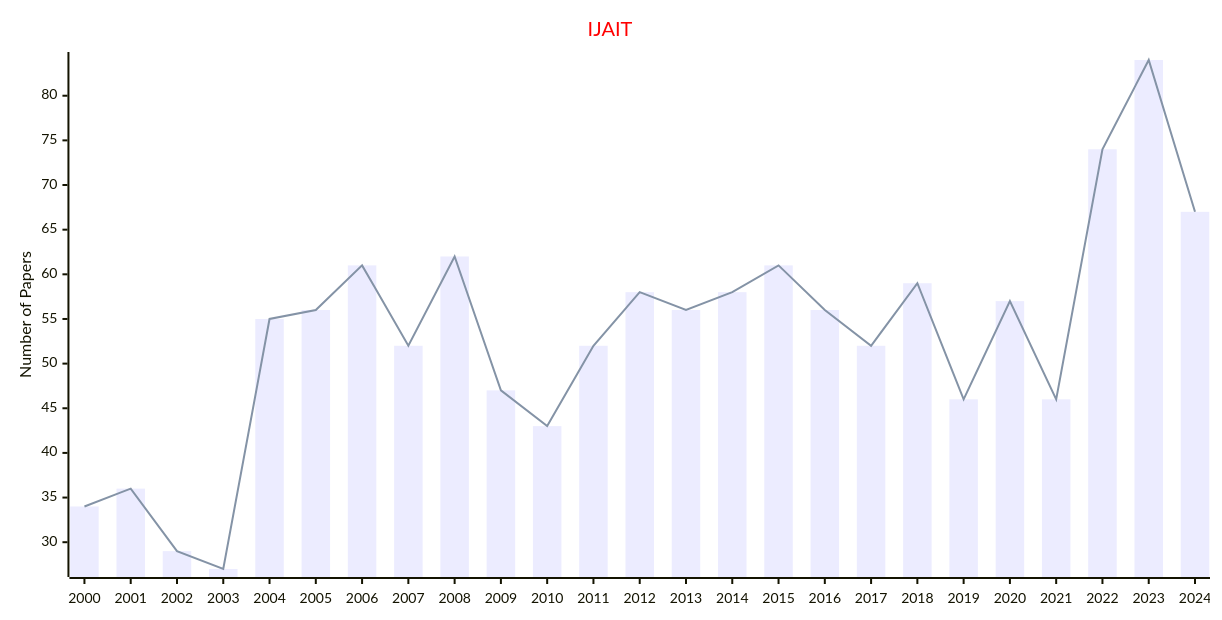
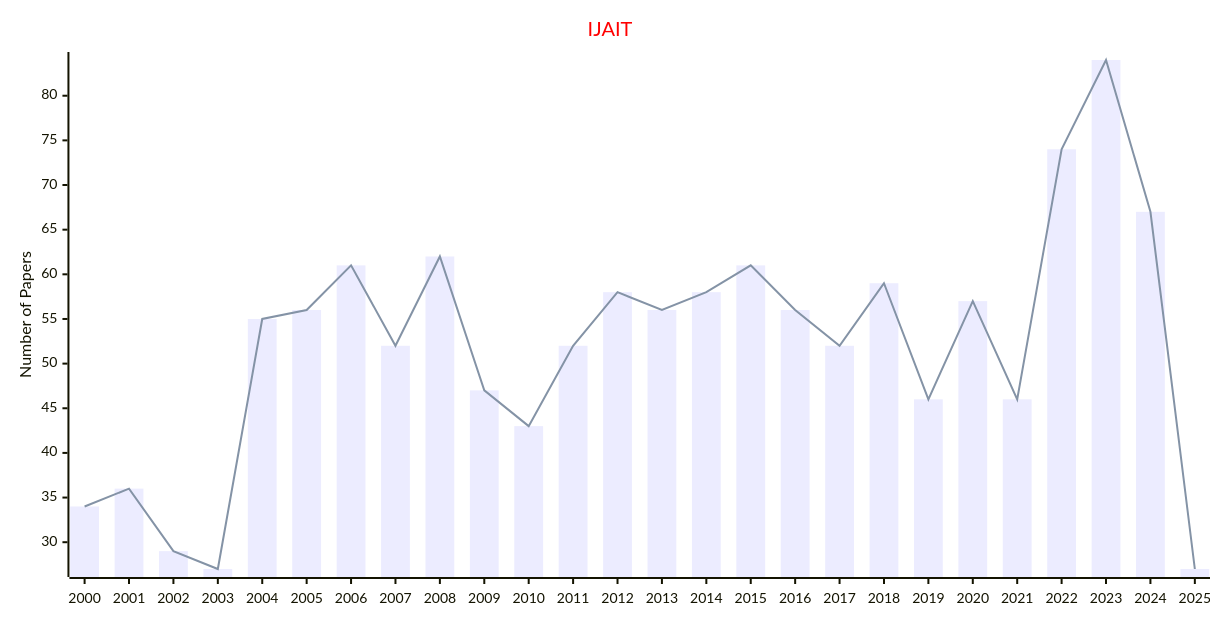
One commit to Easy-PhD/AILinks changed diagram 25 of 27 in docs/data/Journals/Statistics_Journals/Artificial_Intelligence.md. Above: the diagram before and after it, drawn with Mermaid. The commit also changed other lines of this file and 93 other files, not shown here.

````diff
--- a/docs/data/Journals/Statistics_Journals/Artificial_Intelligence.md
+++ b/docs/data/Journals/Statistics_Journals/Artificial_Intelligence.md
@@ -585,17 +585,17 @@
 ```mermaid
 ---
 config:
     xyChart:
         width: 1200
         height: 600
     themeVariables:
         xyChart:
             titleColor: "#ff0000"
 ---
 xychart-beta
     title "IJAIT"
-    x-axis [2000, 2001, 2002, 2003, 2004, 2005, 2006, 2007, 2008, 2009, 2010, 2011, 2012, 2013, 2014, 2015, 2016, 2017, 2018, 2019, 2020, 2021, 2022, 2023, 2024]
+    x-axis [2000, 2001, 2002, 2003, 2004, 2005, 2006, 2007, 2008, 2009, 2010, 2011, 2012, 2013, 2014, 2015, 2016, 2017, 2018, 2019, 2020, 2021, 2022, 2023, 2024, 2025]
     y-axis "Number of Papers"
-    bar [34, 36, 29, 27, 55, 56, 61, 52, 62, 47, 43, 52, 58, 56, 58, 61, 56, 52, 59, 46, 57, 46, 74, 84, 67]
-    line [34, 36, 29, 27, 55, 56, 61, 52, 62, 47, 43, 52, 58, 56, 58, 61, 56, 52, 59, 46, 57, 46, 74, 84, 67]
+    bar [34, 36, 29, 27, 55, 56, 61, 52, 62, 47, 43, 52, 58, 56, 58, 61, 56, 52, 59, 46, 57, 46, 74, 84, 67, 27]
+    line [34, 36, 29, 27, 55, 56, 61, 52, 62, 47, 43, 52, 58, 56, 58, 61, 56, 52, 59, 46, 57, 46, 74, 84, 67, 27]
 ```
````
